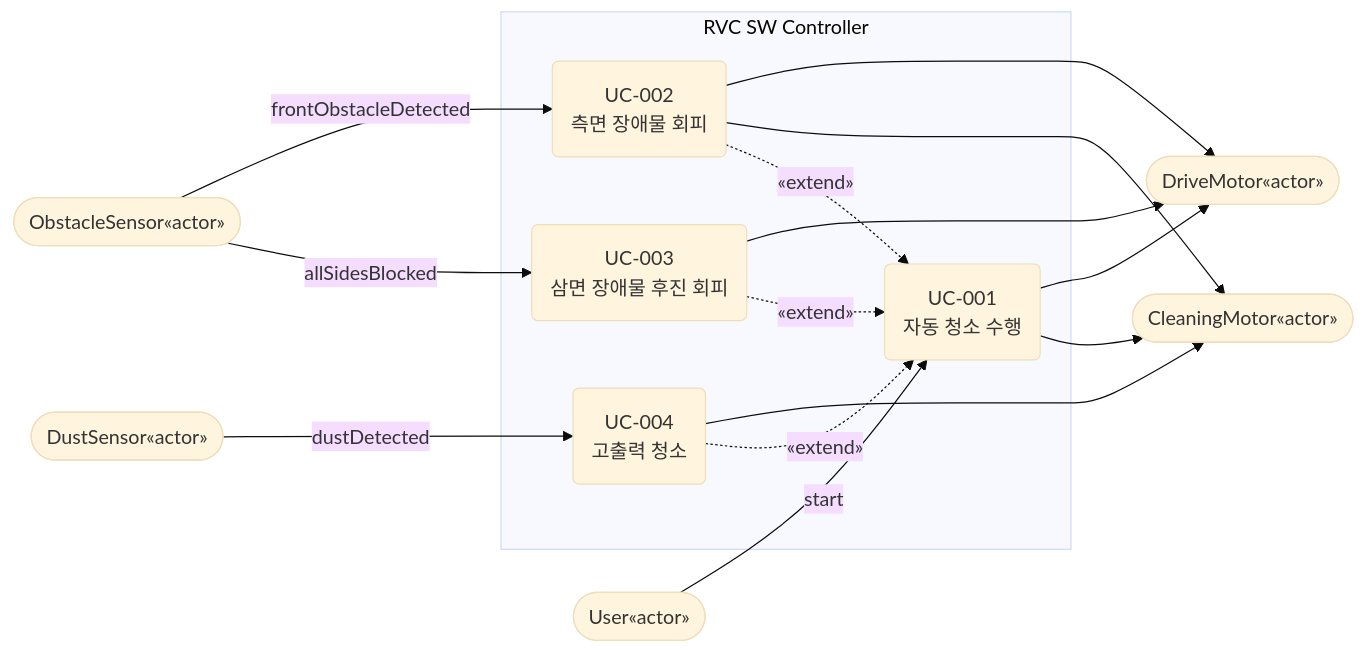
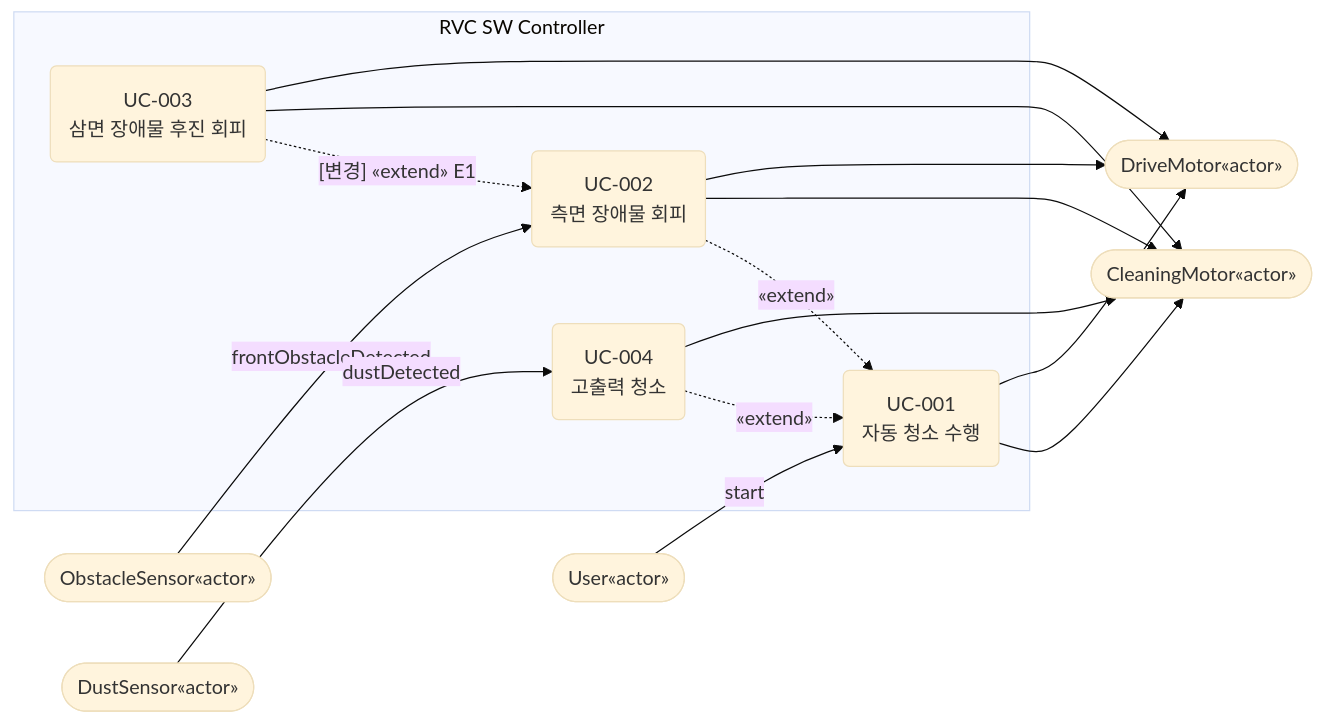
The first of 2 diagrams in arch/usecases/usecases.md (Jae-ah/RVC-CONTROLLER), drawn with Mermaid (base theme) before and after one commit. The commit also changed other lines of this file and 32 other files, not shown here.

````diff
--- a/arch/usecases/usecases.md
+++ b/arch/usecases/usecases.md
@@ -15,31 +15,34 @@
 ```mermaid
 graph LR
     User(["User«actor»"])
     ObsSensor(["ObstacleSensor«actor»"])
     DustSensor(["DustSensor«actor»"])
     DriveMtr(["DriveMotor«actor»"])
     CleanMtr(["CleaningMotor«actor»"])
 
     subgraph SYS["RVC SW Controller"]
         UC001("UC-001<br/>자동 청소 수행")
         UC002("UC-002<br/>측면 장애물 회피")
         UC003("UC-003<br/>삼면 장애물 후진 회피")
         UC004("UC-004<br/>고출력 청소")
     end
 
     User -->|start| UC001
     ObsSensor -->|frontObstacleDetected| UC002
-    ObsSensor -->|allSidesBlocked| UC003
     DustSensor -->|dustDetected| UC004
 
     UC001 --> DriveMtr
     UC001 --> CleanMtr
     UC002 --> DriveMtr
     UC002 --> CleanMtr
     UC003 --> DriveMtr
+    UC003 --> CleanMtr
     UC004 --> CleanMtr
 
     UC002 -.->|«extend»| UC001
-    UC003 -.->|«extend»| UC001
+    UC003 -.->|"[변경] «extend» E1"| UC002
     UC004 -.->|«extend»| UC001
+
+    %% [삭제] ObsSensor -->|...| UC003  (UC-002 E1 내부 판정으로 대체)
+    %% [삭제] UC003 -.->|«extend»| UC001  (UC-002 E1으로 이동)
 ```
````
